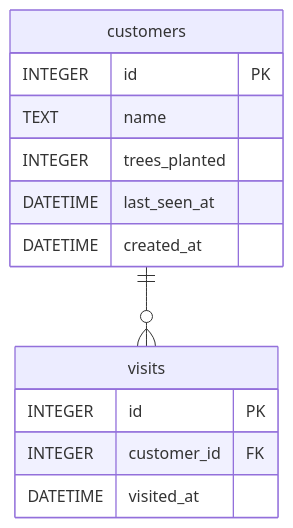
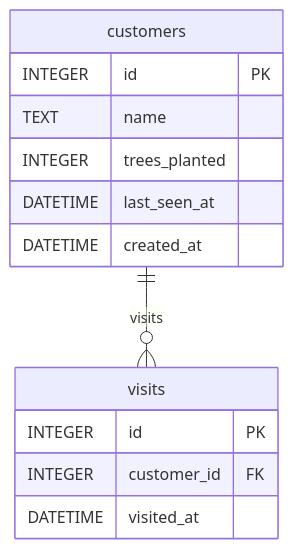
One commit to Davidfarouk/T_N_Interview changed the second of 2 diagrams in README.md. Above: the diagram before and after it, drawn with Mermaid. The commit also changed other lines of this file, not shown here.

Commit message:
docs: switch system diagram to LR layout, remove arrow labels

````diff
--- a/README.md
+++ b/README.md
@@ -67,18 +68,18 @@
 ```mermaid
 erDiagram
     customers {
         INTEGER id PK
         TEXT    name
         INTEGER trees_planted
         DATETIME last_seen_at
         DATETIME created_at
     }
 
     visits {
         INTEGER  id PK
         INTEGER  customer_id FK
         DATETIME visited_at
     }
 
-    customers ||--o{ visits : " "
+    customers ||--o{ visits : "visits"
 ```
````
